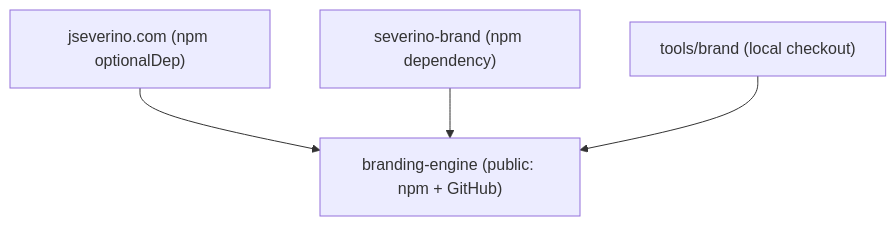
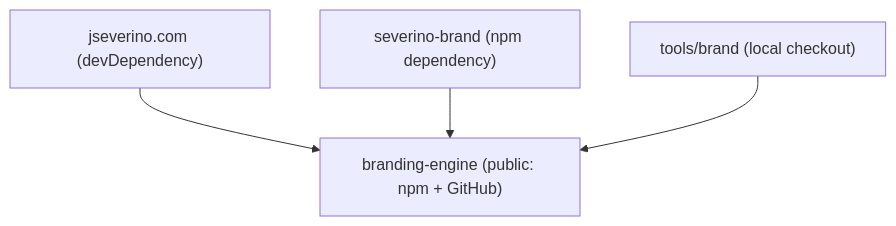
One commit to joeseverino/jseverino.com changed the diagram in docs/Brand-System.md. Above: the diagram before and after it, drawn with Mermaid. The commit also changed other lines of this file and 300 other files, not shown here.

````diff
--- a/docs/Brand-System.md
+++ b/docs/Brand-System.md
@@ -56,7 +56,7 @@
 ```mermaid
 flowchart TB
     BE["branding-engine (public: npm + GitHub)"]
-    JS["jseverino.com (npm optionalDep)"] --> BE
+    JS["jseverino.com (devDependency)"] --> BE
     SB["severino-brand (npm dependency)"] --> BE
     TB["tools/brand (local checkout)"] --> BE
 ```
````
